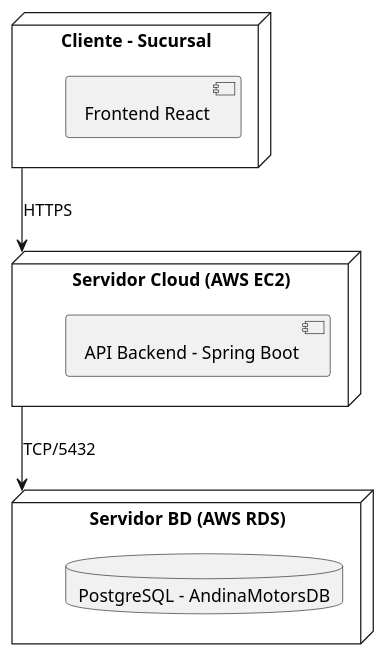
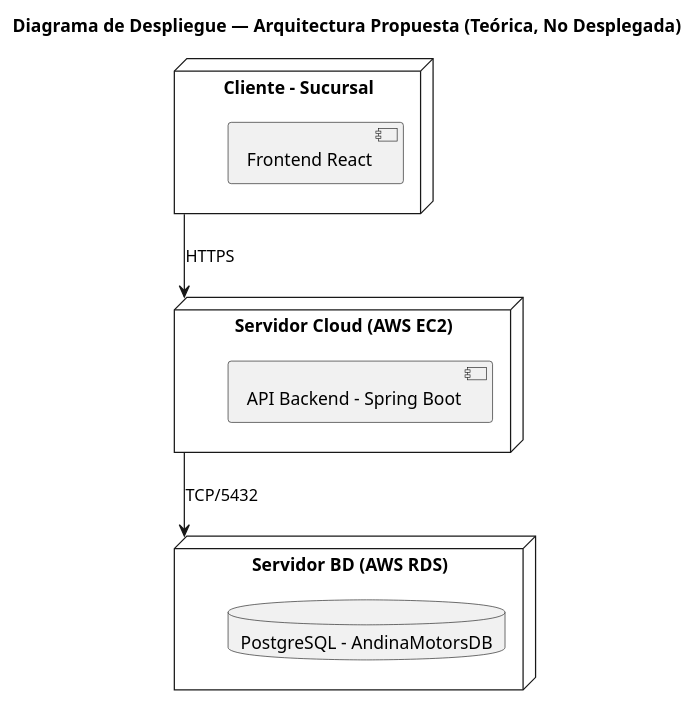
Before and after one commit to hannakathe/motos-erp: the diagram in docs/diagramas/plantuml/diagrama_despliegue.plantuml, drawn with PlantUML. The commit also changed 13 other files, not shown here.

First line of the commit message:
Refactor deployment documentation to clarify current state and proposed architecture

```diff
--- a/docs/diagramas/plantuml/diagrama_despliegue.plantuml
+++ b/docs/diagramas/plantuml/diagrama_despliegue.plantuml
@@ -1,16 +1,17 @@
 @startuml
+title Diagrama de Despliegue — Arquitectura Propuesta (Teórica, No Desplegada)
 node "Cliente - Sucursal" as CLIENTE {
   [Frontend React]
 }
 
 node "Servidor Cloud (AWS EC2)" as SERVIDOR {
   [API Backend - Spring Boot]
 }
 
 node "Servidor BD (AWS RDS)" as BD {
   database "PostgreSQL - AndinaMotorsDB"
 }
 
 CLIENTE --> SERVIDOR : HTTPS
 SERVIDOR --> BD : TCP/5432
 @enduml
```
